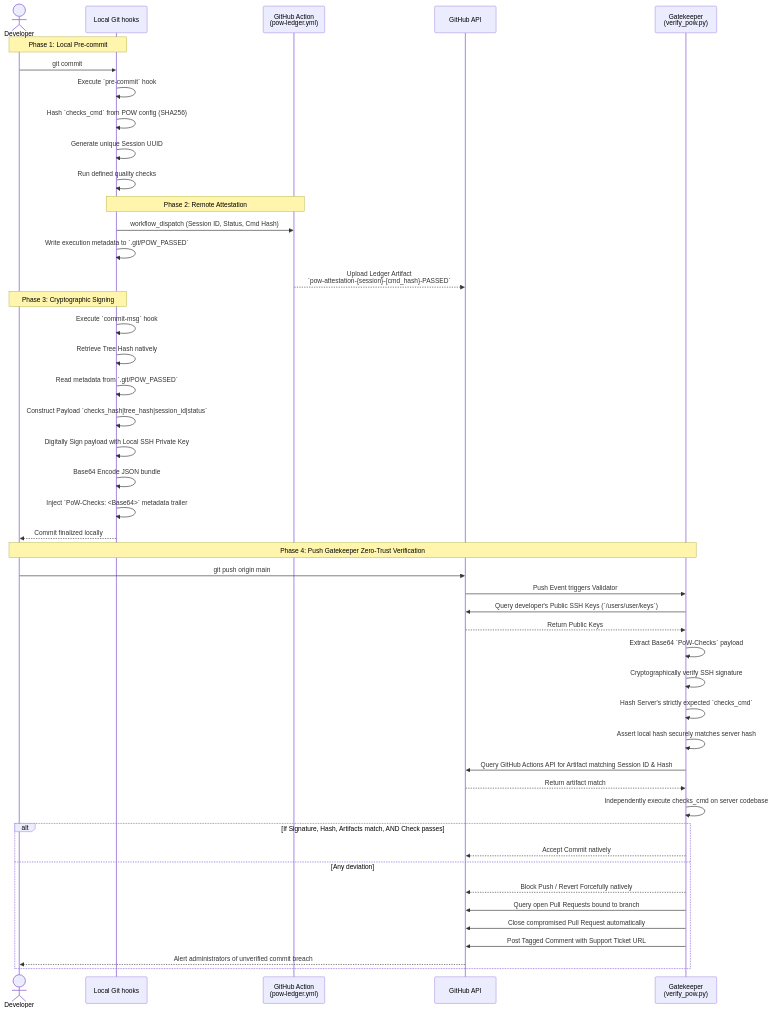
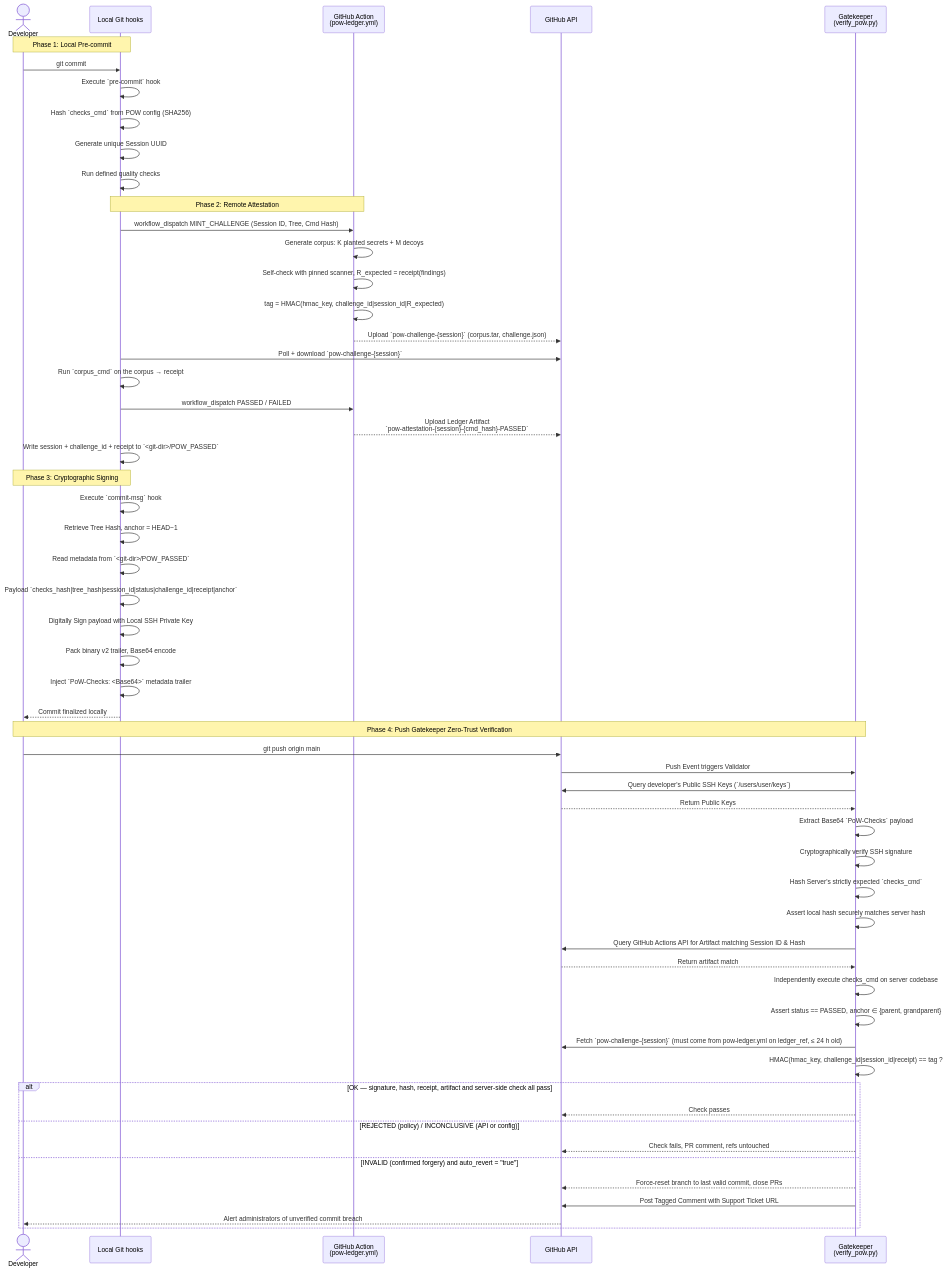
The second of 3 diagrams in ARCHITECTURE.md (ddimitriou/PoW-Hook), drawn with Mermaid before and after one commit. The commit also changed other lines of this file and 30 other files, not shown here.

````diff
--- a/ARCHITECTURE.md
+++ b/ARCHITECTURE.md
@@ -51,59 +51,70 @@
 ```mermaid
 sequenceDiagram
     actor Dev as Developer
     participant Git as Local Git hooks
     participant Ledger as GitHub Action<br/>(pow-ledger.yml)
     participant GH as GitHub API
     participant Validator as Gatekeeper<br/>(verify_pow.py)
 
     Note over Dev, Git: Phase 1: Local Pre-commit
     Dev->>Git: git commit
     Git->>Git: Execute `pre-commit` hook
     Git->>Git: Hash `checks_cmd` from POW config (SHA256)
     Git->>Git: Generate unique Session UUID
     Git->>Git: Run defined quality checks
     
     %% Attestation Dispatch
     Note over Git, Ledger: Phase 2: Remote Attestation
-    Git->>Ledger: workflow_dispatch (Session ID, Status, Cmd Hash)
-    Git->>Git: Write execution metadata to `.git/POW_PASSED`
+    Git->>Ledger: workflow_dispatch MINT_CHALLENGE (Session ID, Tree, Cmd Hash)
+    Ledger->>Ledger: Generate corpus: K planted secrets + M decoys
+    Ledger->>Ledger: Self-check with pinned scanner, R_expected = receipt(findings)
+    Ledger->>Ledger: tag = HMAC(hmac_key, challenge_id|session_id|R_expected)
+    Ledger-->>GH: Upload `pow-challenge-{session}` (corpus.tar, challenge.json)
+    Git->>GH: Poll + download `pow-challenge-{session}`
+    Git->>Git: Run `corpus_cmd` on the corpus → receipt
+    Git->>Ledger: workflow_dispatch PASSED / FAILED
     Ledger-->>GH: Upload Ledger Artifact<br/>`pow-attestation-{session}-{cmd_hash}-PASSED`
+    Git->>Git: Write session + challenge_id + receipt to `<git-dir>/POW_PASSED`
     
     Note over Dev, Git: Phase 3: Cryptographic Signing
     Git->>Git: Execute `commit-msg` hook
-    Git->>Git: Retrieve Tree Hash natively
-    Git->>Git: Read metadata from `.git/POW_PASSED`
-    Git->>Git: Construct Payload `checks_hash|tree_hash|session_id|status`
+    Git->>Git: Retrieve Tree Hash, anchor = HEAD~1
+    Git->>Git: Read metadata from `<git-dir>/POW_PASSED`
+    Git->>Git: Payload `checks_hash|tree_hash|session_id|status|challenge_id|receipt|anchor`
     Git->>Git: Digitally Sign payload with Local SSH Private Key
-    Git->>Git: Base64 Encode JSON bundle
+    Git->>Git: Pack binary v2 trailer, Base64 encode
     Git->>Git: Inject `PoW-Checks: <Base64>` metadata trailer
     Git-->>Dev: Commit finalized locally
 
     Note over Dev, Validator: Phase 4: Push Gatekeeper Zero-Trust Verification
     Dev->>GH: git push origin main
     GH->>Validator: Push Event triggers Validator
     
     Validator->>GH: Query developer's Public SSH Keys (`/users/user/keys`)
     GH-->>Validator: Return Public Keys
     
     Validator->>Validator: Extract Base64 `PoW-Checks` payload
     Validator->>Validator: Cryptographically verify SSH signature
     
     Validator->>Validator: Hash Server's strictly expected `checks_cmd`
     Validator->>Validator: Assert local hash securely matches server hash
     
     Validator->>GH: Query GitHub Actions API for Artifact matching Session ID & Hash
     GH-->>Validator: Return artifact match
     
     Validator->>Validator: Independently execute checks_cmd on server codebase
     
-    alt If Signature, Hash, Artifacts match, AND Check passes
-        Validator-->>GH: Accept Commit natively
-    else Any deviation
-        Validator-->>GH: Block Push / Revert Forcefully natively
-        Validator->>GH: Query open Pull Requests bound to branch
-        Validator->>GH: Close compromised Pull Request automatically
+    Validator->>Validator: Assert status == PASSED, anchor ∈ {parent, grandparent}
+    Validator->>GH: Fetch `pow-challenge-{session}` (must come from pow-ledger.yml on ledger_ref, ≤ 24 h old)
+    Validator->>Validator: HMAC(hmac_key, challenge_id|session_id|receipt) == tag ?
+
+    alt OK — signature, hash, receipt, artifact and server-side check all pass
+        Validator-->>GH: Check passes
+    else REJECTED (policy) / INCONCLUSIVE (API or config)
+        Validator-->>GH: Check fails, PR comment, refs untouched
+    else INVALID (confirmed forgery) and auto_revert = "true"
+        Validator-->>GH: Force-reset branch to last valid commit, close PRs
         Validator->>GH: Post Tagged Comment with Support Ticket URL
         GH-->>Dev: Alert administrators of unverified commit breach
     end
 ```
````
